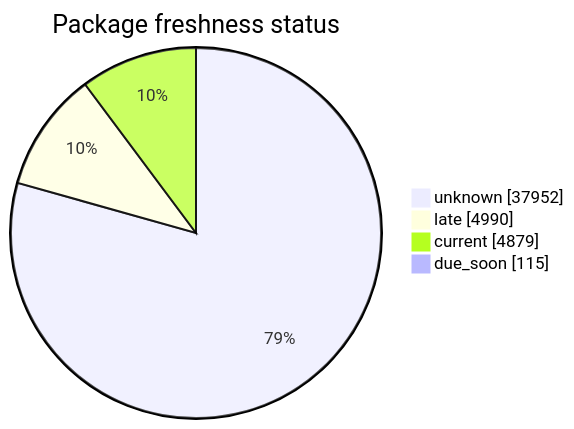
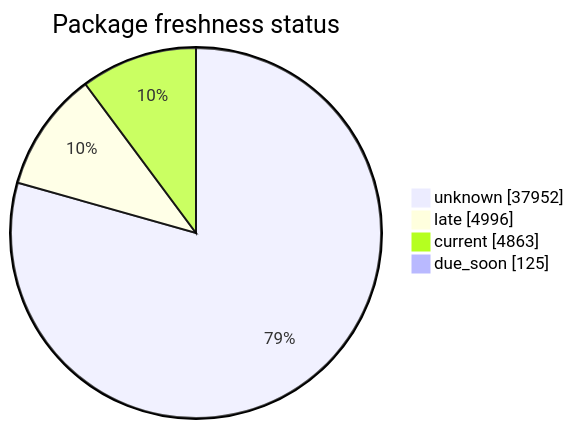
The second of 5 diagrams in FreshCheck/README.md (open-data/analytics-corporate-reporting), drawn with Mermaid before and after one commit. The commit also changed other lines of this file and 3 other files, not shown here.

````diff
--- a/FreshCheck/README.md
+++ b/FreshCheck/README.md
@@ -68,7 +68,7 @@
 ```mermaid
 pie showData title Package freshness status
     "unknown": 37952
-    "late": 4990
-    "current": 4879
-    "due_soon": 115
+    "late": 4996
+    "current": 4863
+    "due_soon": 125
 ```
````
